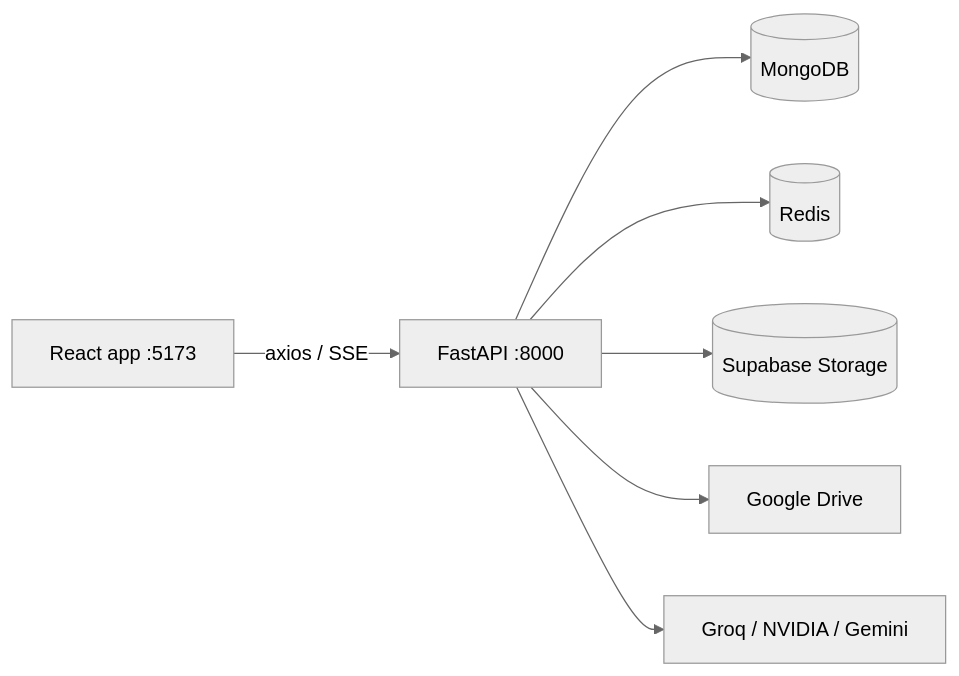
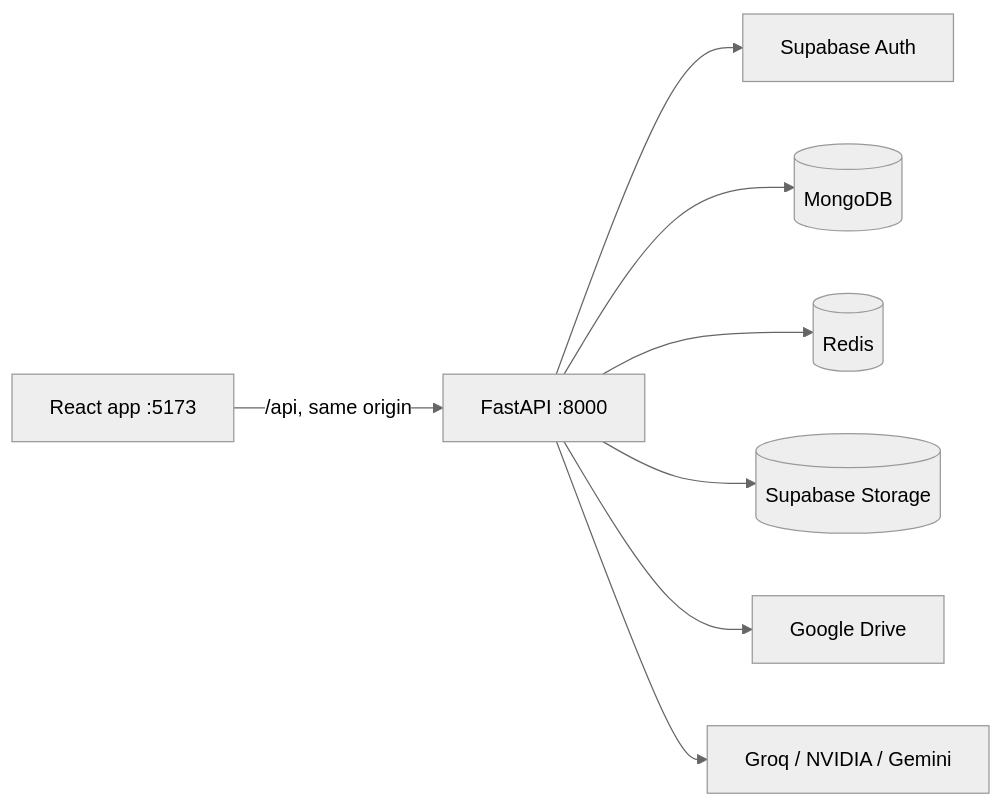
The diagram in README.md (kalugb/ai-treasurer), drawn with Mermaid (neutral theme) before and after one commit. The commit also changed other lines of this file and 43 other files, not shown here.

````diff
--- a/README.md
+++ b/README.md
@@ -32,9 +33,10 @@
 ```mermaid
 flowchart LR
-  UI[React app :5173] -->|axios / SSE| API[FastAPI :8000]
+  UI[React app :5173] -->|/api, same origin| API[FastAPI :8000]
+  API --> A[Supabase Auth]
   API --> M[(MongoDB)]
   API --> R[(Redis)]
   API --> S[(Supabase Storage)]
   API --> D[Google Drive]
   API --> L[Groq / NVIDIA / Gemini]
 ```
````
